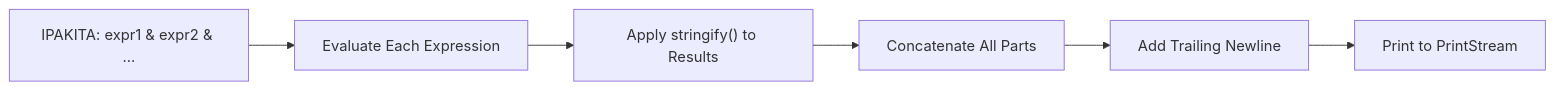
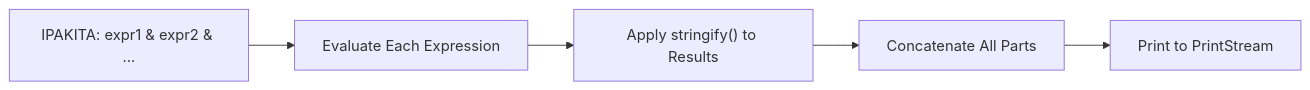
One commit to McKlay/bisaya-interpreter changed the fifth of 5 diagrams in docs/interpreter-specification.md. Above: the diagram before and after it, drawn with Mermaid. The commit also changed other lines of this file and 27 other files, not shown here.

````diff
--- a/docs/interpreter-specification.md
+++ b/docs/interpreter-specification.md
@@ -180,8 +180,7 @@
 ```mermaid
 flowchart LR
   IPAKITA[IPAKITA: expr1 & expr2 & ...] --> EVAL[Evaluate Each Expression]
   EVAL --> STRINGIFY["Apply stringify() to Results"]
   STRINGIFY --> CONCAT[Concatenate All Parts]
-  CONCAT --> NEWLINE[Add Trailing Newline]
-  NEWLINE --> OUTPUT[Print to PrintStream]
+  CONCAT --> OUTPUT[Print to PrintStream]
 ```
````
